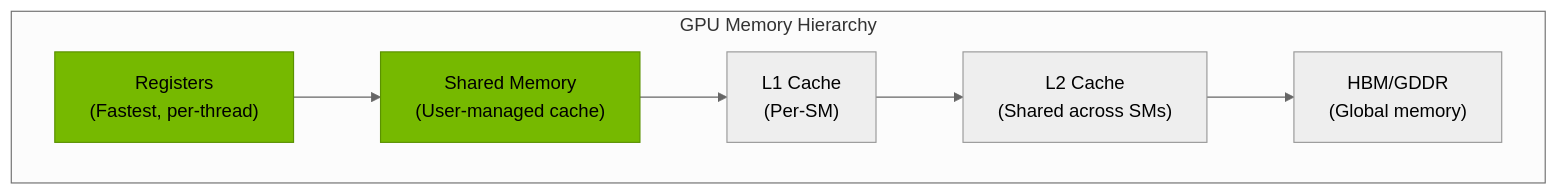
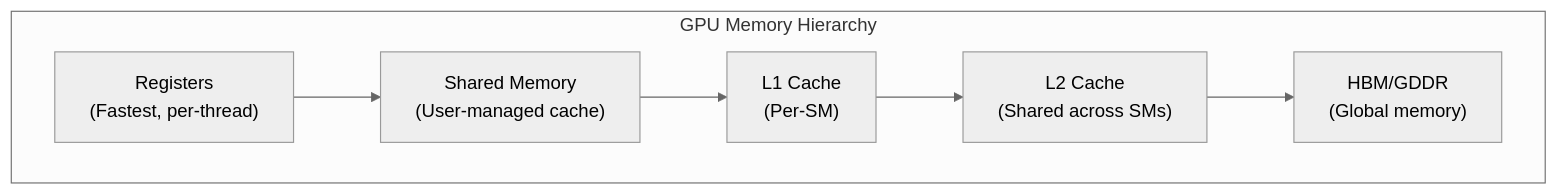
The first of 2 diagrams in docs/en/references/resources.md (LessUp/modern-ai-kernels), drawn with Mermaid (neutral theme) before and after one commit. The commit also changed other lines of this file and 47 other files, not shown here.

````diff
--- a/docs/en/references/resources.md
+++ b/docs/en/references/resources.md
@@ -102,18 +102,16 @@
 ```mermaid
 flowchart TB
     subgraph Memory["GPU Memory Hierarchy"]
         REG["Registers<br/>(Fastest, per-thread)"]
         SHMEM["Shared Memory<br/>(User-managed cache)"]
         L1["L1 Cache<br/>(Per-SM)"]
         L2["L2 Cache<br/>(Shared across SMs)"]
         HBM["HBM/GDDR<br/>(Global memory)"]
     end
 
     REG --> SHMEM
     SHMEM --> L1
     L1 --> L2
     L2 --> HBM
 
-    style REG fill:#76B900,stroke:#5a9100
-    style SHMEM fill:#76B900,stroke:#5a9100
 ```
````
